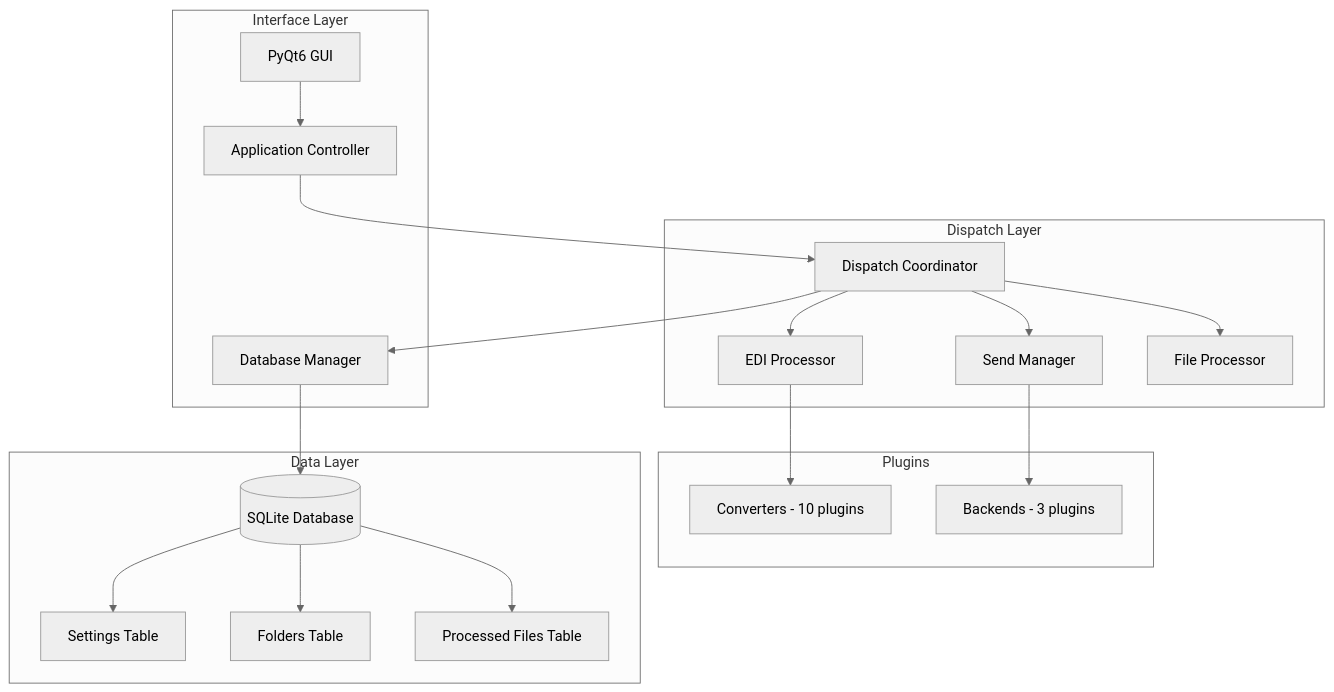
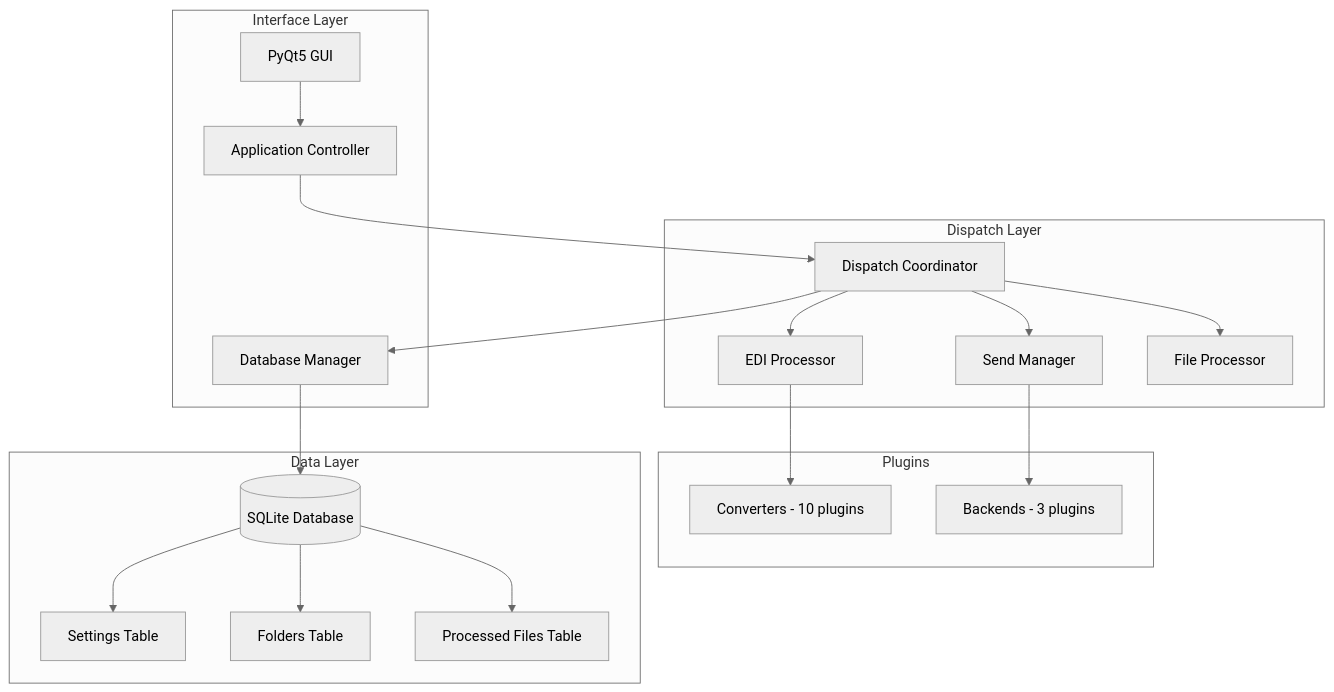
Before and after one commit to dtg01100/batch-file-processor: the diagram in docs/ARCHITECTURE.md, drawn with Mermaid (neutral theme). The commit also changed other lines of this file and 151 other files, not shown here.

````diff
--- a/docs/ARCHITECTURE.md
+++ b/docs/ARCHITECTURE.md
@@ -27,42 +27,42 @@
 ```mermaid
 flowchart TB
     subgraph Interface Layer
-        UI[PyQt6 GUI]
+        UI[PyQt5 GUI]
         App[Application Controller]
         DB[Database Manager]
     end
     
     subgraph Dispatch Layer
         Coord[Dispatch Coordinator]
         EDI[EDI Processor]
         Send[Send Manager]
         FileProc[File Processor]
     end
     
     subgraph Plugins
         Conv[Converters - 10 plugins]
         Back[Backends - 3 plugins]
     end
     
     subgraph Data Layer
         SQLite[(SQLite Database)]
         Settings[Settings Table]
         Folders[Folders Table]
         Processed[Processed Files Table]
     end
     
     UI --> App
     App --> Coord
     Coord --> EDI
     Coord --> FileProc
     Coord --> Send
     Coord --> DB
     
     EDI --> Conv
     Send --> Back
     
     DB --> SQLite
     SQLite --> Settings
     SQLite --> Folders
     SQLite --> Processed
 ```
````
